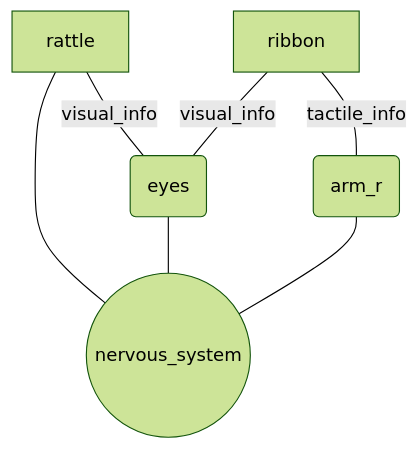
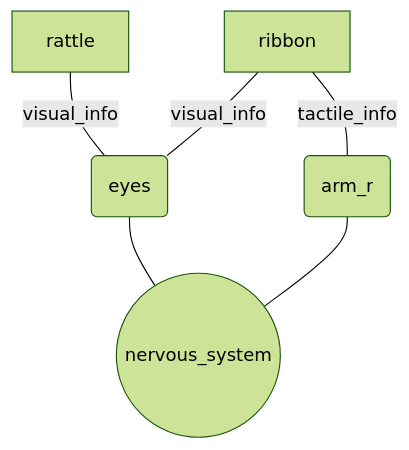
One commit to psu-psychology/psy-548-2025-fall changed the seventh of 11 diagrams in src/causal-relations.qmd. Above: the diagram before and after it, drawn with Mermaid (forest theme). The commit also changed 4 other files, not shown here.

````diff
--- a/src/causal-relations.qmd
+++ b/src/causal-relations.qmd
@@ -128,11 +128,10 @@
 ```{mermaid}
 %%| label: fig-phase-I-before-rattling
 %%| fig-caption: "Information flow before the infant moves her arm and makes the rattle rattle."
 flowchart TD
   B[rattle] ---| visual_info | G(eyes)
   C[ribbon] ---| visual_info | G
   C[ribbon] ---| tactile_info | I(arm_r)
-  B --- N((nervous_system))
   G --- N((nervous_system))
   I --- N((nervous_system))
 ```
````
